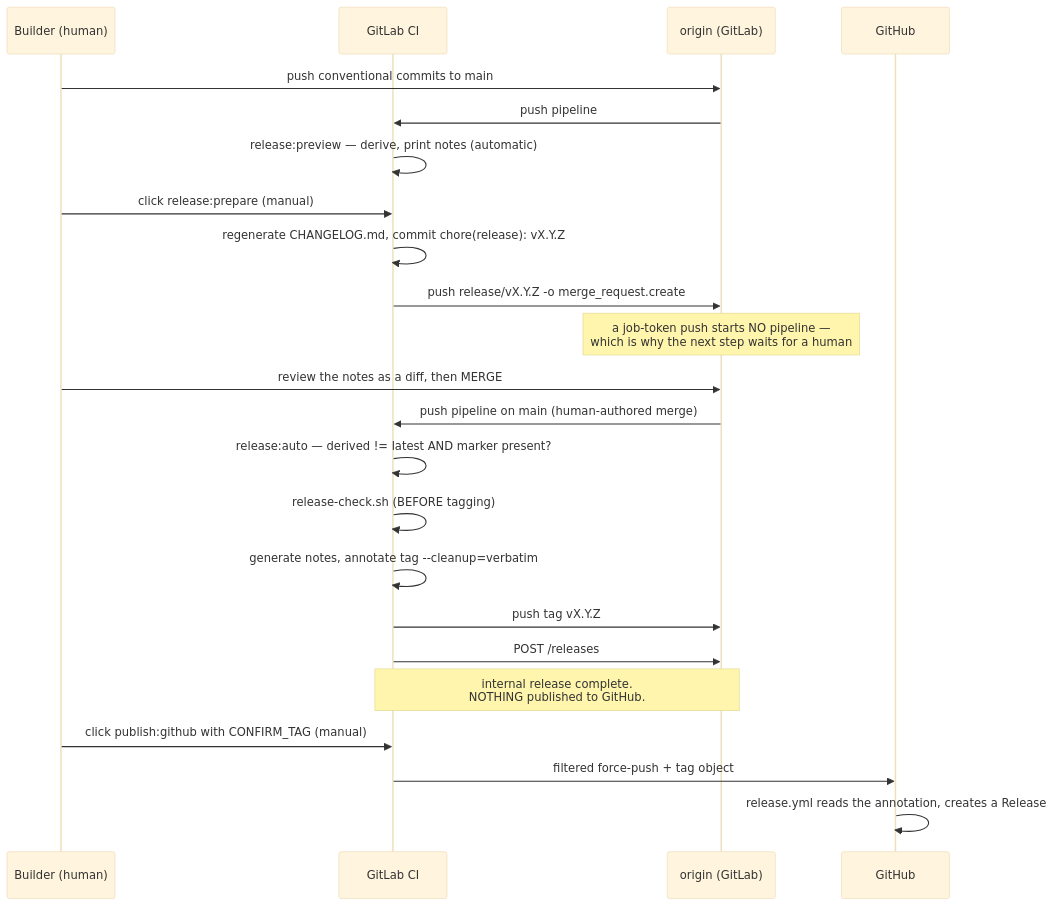
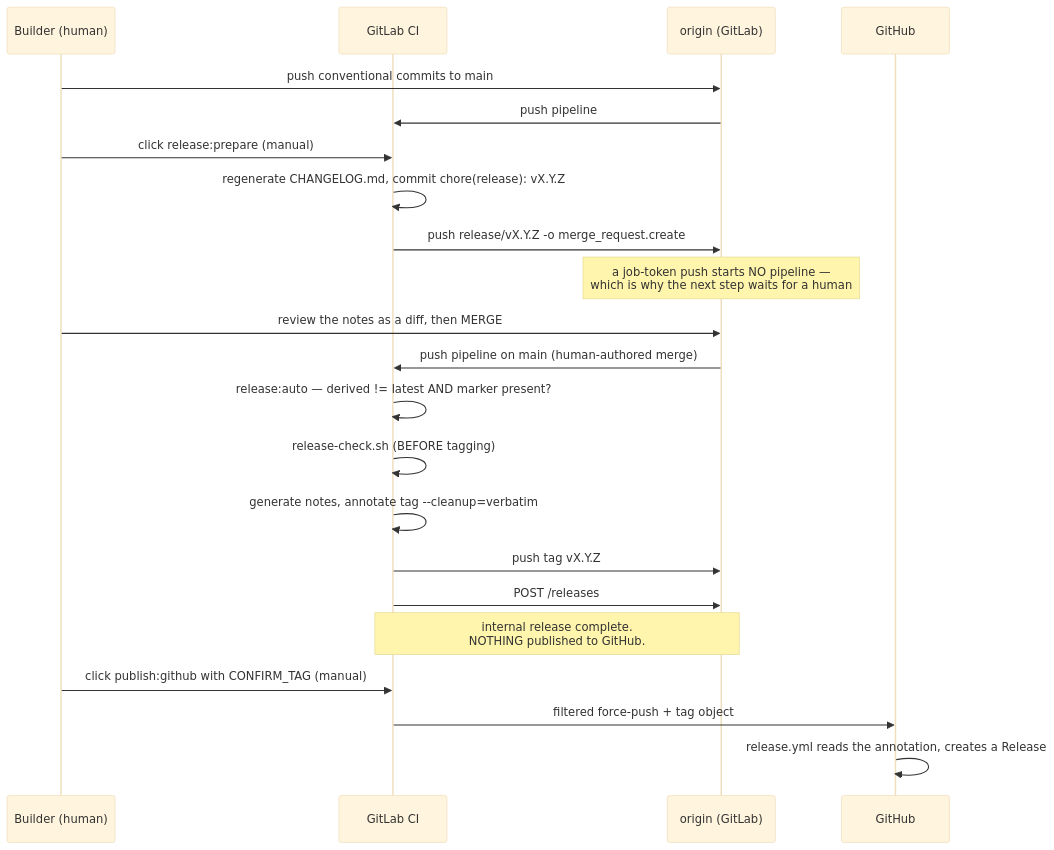
Before and after one commit to aws-samples/sample-innovation-patterns: the diagram in docs/docs/developer-docs/internal/operations/runbooks/releasing.md, drawn with Mermaid (base theme). The commit also changed other lines of this file and 7 other files, not shown here.

````diff
--- a/docs/docs/developer-docs/internal/operations/runbooks/releasing.md
+++ b/docs/docs/developer-docs/internal/operations/runbooks/releasing.md
@@ -426,29 +431,28 @@
 ```mermaid
 sequenceDiagram
     participant H as Builder (human)
     participant CI as GitLab CI
     participant O as origin (GitLab)
     participant GH as GitHub
 
     H->>O: push conventional commits to main
     O->>CI: push pipeline
-    CI->>CI: release:preview — derive, print notes (automatic)
 
     H->>CI: click release:prepare (manual)
     CI->>CI: regenerate CHANGELOG.md, commit chore(release): vX.Y.Z
     CI->>O: push release/vX.Y.Z -o merge_request.create
     Note over O: a job-token push starts NO pipeline —<br/>which is why the next step waits for a human
 
     H->>O: review the notes as a diff, then MERGE
     O->>CI: push pipeline on main (human-authored merge)
     CI->>CI: release:auto — derived != latest AND marker present?
     CI->>CI: release-check.sh (BEFORE tagging)
     CI->>CI: generate notes, annotate tag --cleanup=verbatim
     CI->>O: push tag vX.Y.Z
     CI->>O: POST /releases
     Note over CI,O: internal release complete.<br/>NOTHING published to GitHub.
 
     H->>CI: click publish:github with CONFIRM_TAG (manual)
     CI->>GH: filtered force-push + tag object
     GH->>GH: release.yml reads the annotation, creates a Release
 ```
````
